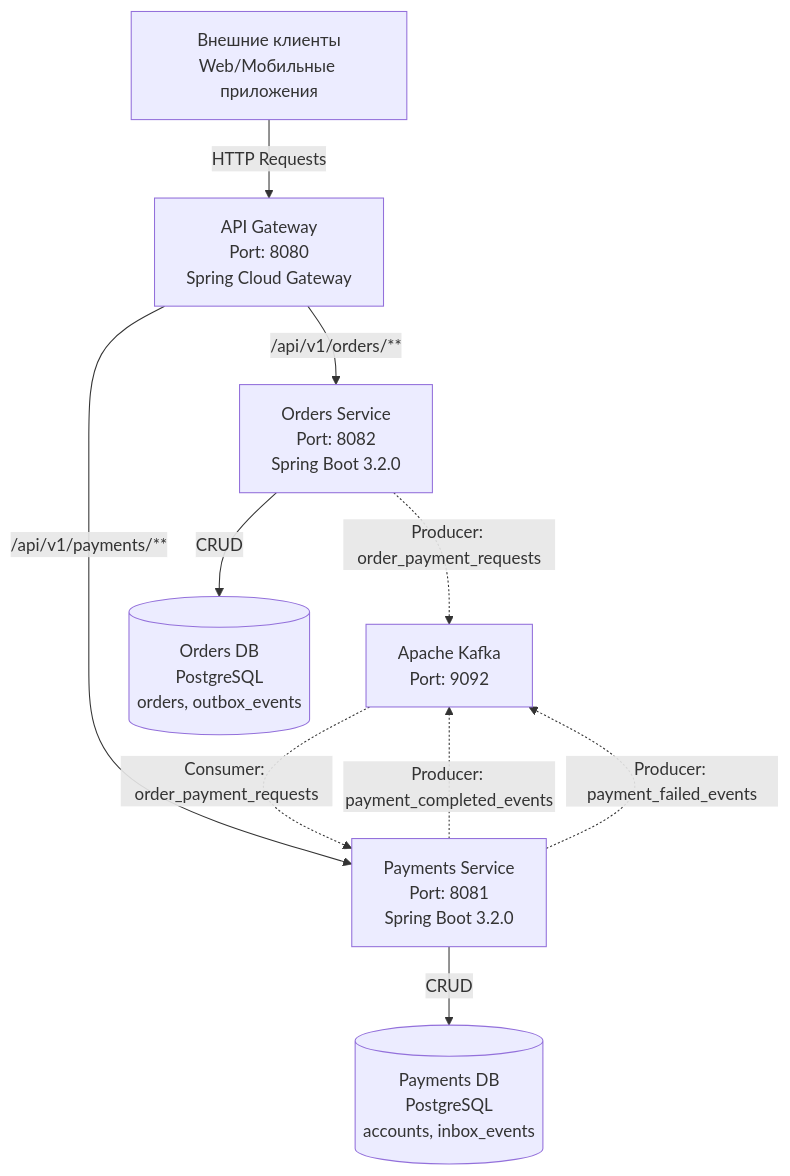
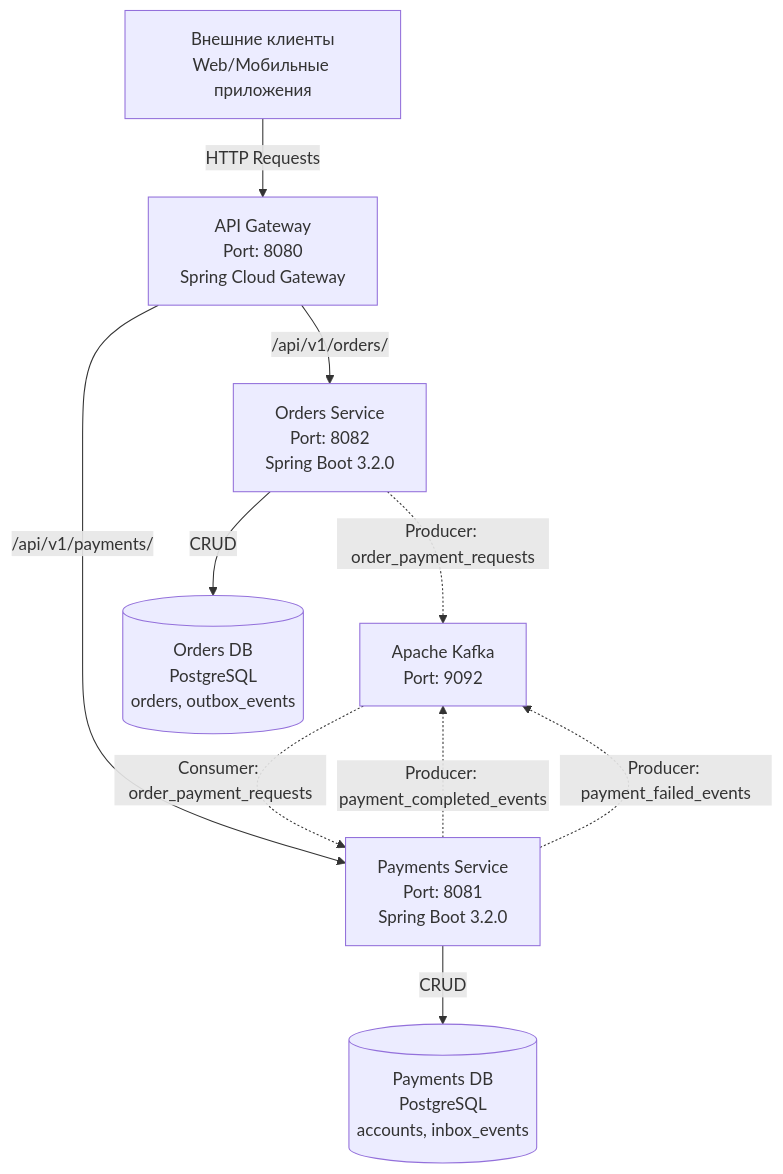
The first of 2 diagrams in README.md (Kulikova-A18/Industrial_software_development_akulikova_final_project), drawn with Mermaid before and after one commit. The commit also changed other lines of this file and 4 other files, not shown here.

````diff
--- a/README.md
+++ b/README.md
@@ -47,33 +59,33 @@
 ```mermaid
 graph TB
     Client[Внешние клиенты<br/>Web/Мобильные приложения]
 
     Gateway[API Gateway<br/>Port: 8080<br/>Spring Cloud Gateway]
 
     Orders[Orders Service<br/>Port: 8082<br/>Spring Boot 3.2.0]
     Payments[Payments Service<br/>Port: 8081<br/>Spring Boot 3.2.0]
 
     Kafka[Apache Kafka<br/>Port: 9092]
 
     OrdersDB[(Orders DB<br/>PostgreSQL<br/>orders, outbox_events)]
     PaymentsDB[(Payments DB<br/>PostgreSQL<br/>accounts, inbox_events)]
 
     Client -->|HTTP Requests| Gateway
-    Gateway -->|/api/v1/orders/**| Orders
-    Gateway -->|/api/v1/payments/**| Payments
+    Gateway -->|/api/v1/orders/| Orders
+    Gateway -->|/api/v1/payments/| Payments
 
     Orders -->|CRUD| OrdersDB
     Payments -->|CRUD| PaymentsDB
 
     Orders -.->|Producer: order_payment_requests| Kafka
     Kafka -.->|Consumer: order_payment_requests| Payments
 
     Payments -.->|Producer: payment_completed_events| Kafka
     Payments -.->|Producer: payment_failed_events| Kafka
 
     class Gateway gateway
     class Orders,Payments service
     class OrdersDB,PaymentsDB db
     class Kafka kafka
     class Client client
 ```
````
